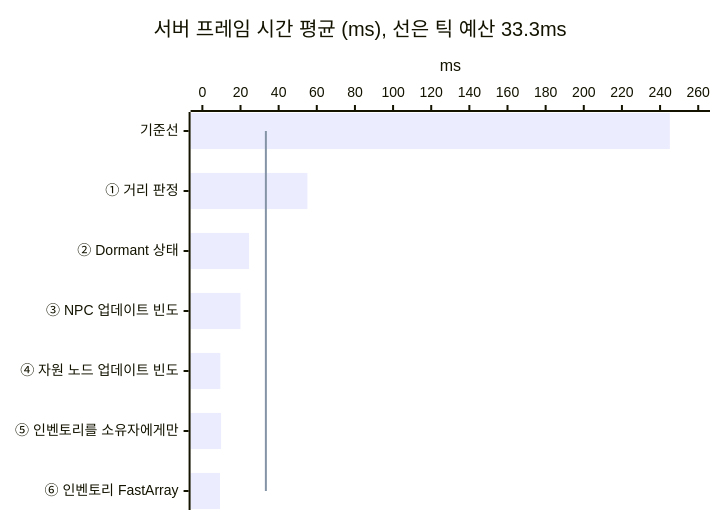
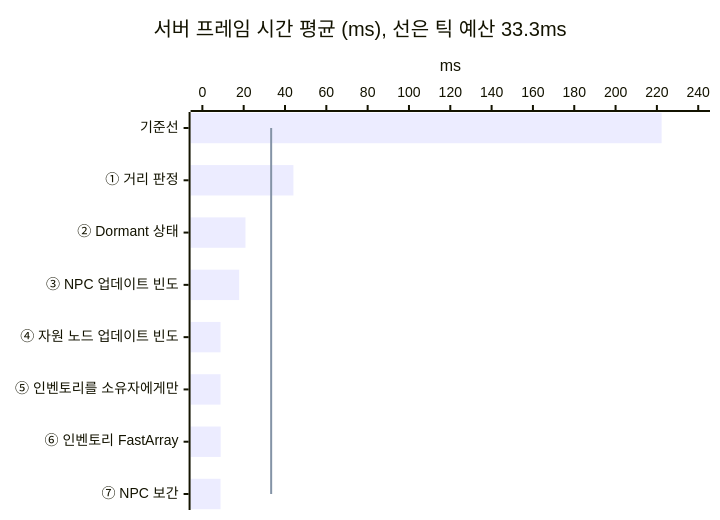
One commit to hon454/ue-dedicated-server-optimization-lab changed the first of 2 diagrams in README.md. Above: the diagram before and after it, drawn with Mermaid. The commit also changed other lines of this file and 4 other files, not shown here.

````diff
--- a/README.md
+++ b/README.md
@@ -26,8 +27,8 @@
 ```mermaid
 xychart-beta horizontal
     title "서버 프레임 시간 평균 (ms), 선은 틱 예산 33.3ms"
-    x-axis ["기준선", "① 거리 판정", "② Dormant 상태", "③ NPC 업데이트 빈도", "④ 자원 노드 업데이트 빈도", "⑤ 인벤토리를 소유자에게만", "⑥ 인벤토리 FastArray"]
-    y-axis "ms" 0 --> 260
-    bar [245.13, 55.08, 24.50, 19.99, 9.45, 9.80, 9.22]
-    line [33.3, 33.3, 33.3, 33.3, 33.3, 33.3, 33.3]
+    x-axis ["기준선", "① 거리 판정", "② Dormant 상태", "③ NPC 업데이트 빈도", "④ 자원 노드 업데이트 빈도", "⑤ 인벤토리를 소유자에게만", "⑥ 인벤토리 FastArray", "⑦ NPC 보간"]
+    y-axis "ms" 0 --> 240
+    bar [222.29, 44.07, 20.87, 17.82, 8.79, 8.79, 8.87, 8.79]
+    line [33.3, 33.3, 33.3, 33.3, 33.3, 33.3, 33.3, 33.3]
 ```
````
